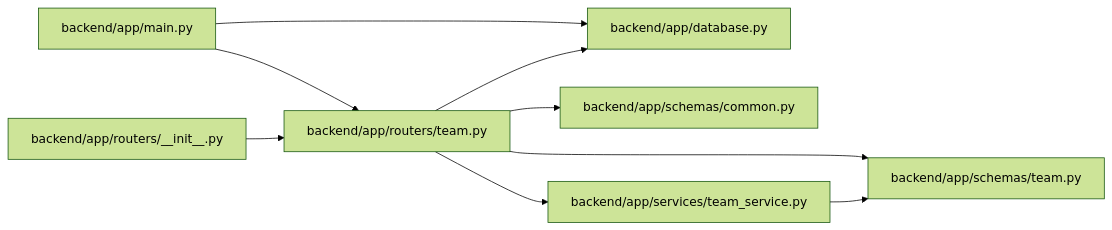
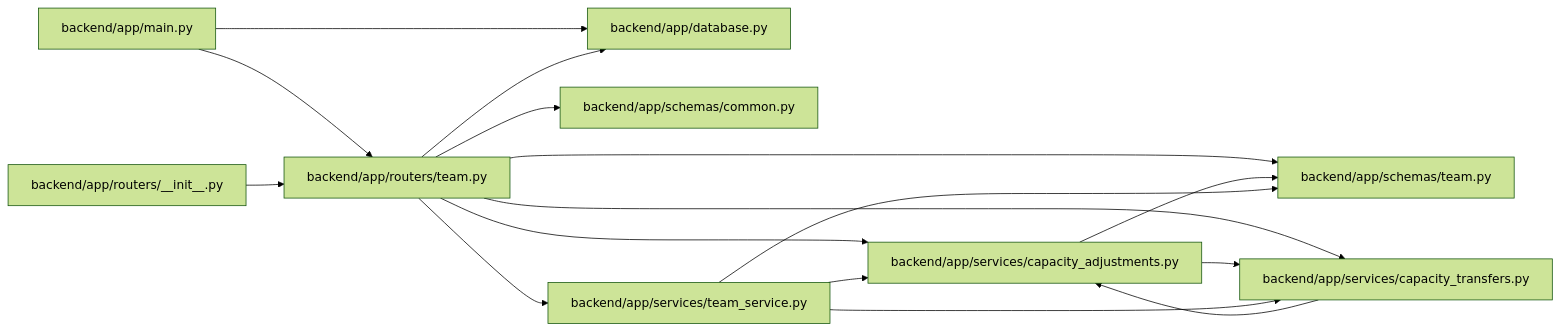
The diagram in docs/llm_wiki/modules/routers_team.md (Denissvgn/WorkChord), drawn with Mermaid (forest theme) before and after one commit. The commit also changed other lines of this file and 1817 other files, not shown here.

First line of the commit message:
Refresh the architectural wiki for the 1.9.0 changes

````diff
--- a/docs/llm_wiki/modules/routers_team.md
+++ b/docs/llm_wiki/modules/routers_team.md
@@ -26,25 +28,36 @@
 ```mermaid
 flowchart LR
     n0["backend/app/database.py"]
     n1["backend/app/main.py"]
     n2["backend/app/routers/__init__.py"]
     n3["backend/app/routers/team.py"]
     n4["backend/app/schemas/common.py"]
     n5["backend/app/schemas/team.py"]
-    n6["backend/app/services/team_service.py"]
+    n6["backend/app/services/capacity_adjustments.py"]
+    n7["backend/app/services/capacity_transfers.py"]
+    n8["backend/app/services/team_service.py"]
     n1 --> n0
     n1 --> n3
     n2 --> n3
     n3 --> n0
     n3 --> n4
     n3 --> n5
     n3 --> n6
+    n3 --> n7
+    n3 --> n8
     n6 --> n5
+    n6 --> n7
+    n7 --> n6
+    n8 --> n5
+    n8 --> n6
+    n8 --> n7
     click n0 "../modules/app_database.md"
     click n1 "../modules/app_main.md"
     click n2 "../modules/routers___init__.md"
     click n3 "../modules/routers_team.md"
     click n4 "../modules/schemas_common.md"
     click n5 "../modules/schemas_team.md"
-    click n6 "../modules/team_service.md"
+    click n6 "../modules/capacity_adjustments.md"
+    click n7 "../modules/capacity_transfers.md"
+    click n8 "../modules/team_service.md"
 ```
````
